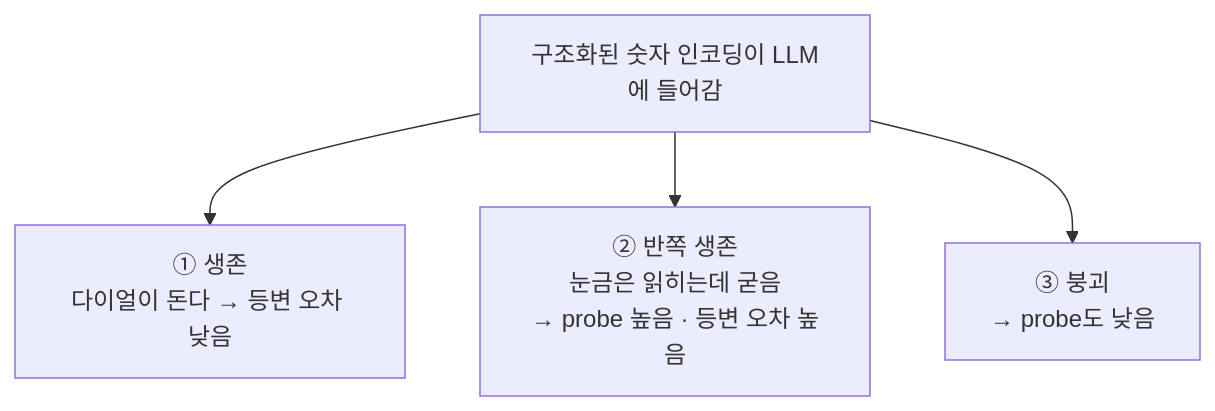
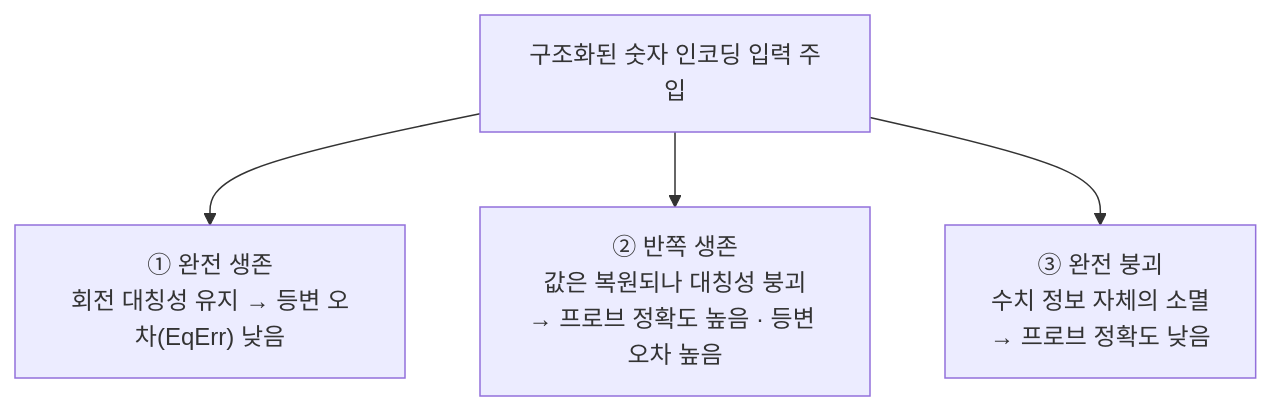
The first of 2 diagrams in content/research/intertwine연구/최초 연구기획서.md (Ricepunchb/Idsh-obsidian-garden), drawn with Mermaid before and after one commit. The commit also changed other lines of this file and 10 other files, not shown here.

````diff
--- a/content/research/intertwine연구/최초 연구기획서.md
+++ b/content/research/intertwine연구/최초 연구기획서.md
@@ -25,6 +25,6 @@
 ```mermaid
 flowchart TD
-    A["구조화된 숫자 인코딩이 LLM에 들어감"] --> B["① 생존<br>다이얼이 돈다 → 등변 오차 낮음"]
-    A --> C["② 반쪽 생존<br>눈금은 읽히는데 굳음<br>→ probe 높음 · 등변 오차 높음"]
-    A --> D["③ 붕괴<br>→ probe도 낮음"]
+    A["구조화된 숫자 인코딩 입력 주입"] --> B["① 완전 생존<br>회전 대칭성 유지 → 등변 오차(EqErr) 낮음"]
+    A --> C["② 반쪽 생존<br>값은 복원되나 대칭성 붕괴<br>→ 프로브 정확도 높음 · 등변 오차 높음"]
+    A --> D["③ 완전 붕괴<br>수치 정보 자체의 소멸<br>→ 프로브 정확도 낮음"]
 ```
````
